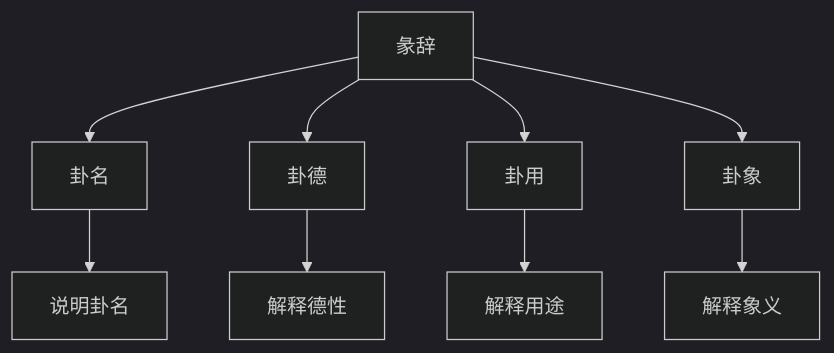
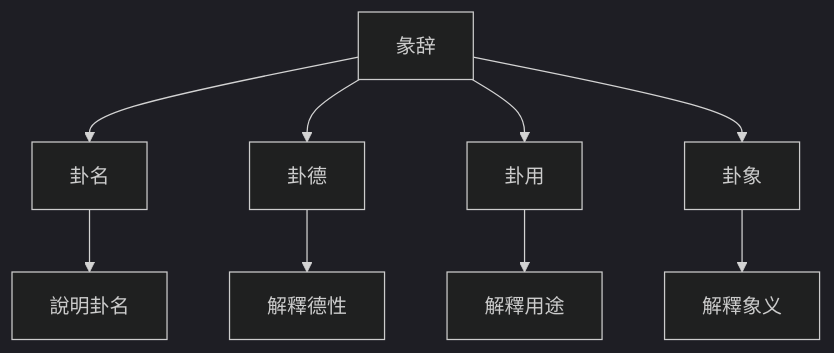
The first of 2 diagrams in 3 Resources/04-Interests/易学/02-易经核心/彖辞象辞解析.md (kmjade/knowledge-value), drawn with Mermaid (dark theme) before and after one commit. The commit also changed other lines of this file and 653 other files, not shown here.

````diff
--- a/3 Resources/04-Interests/易学/02-易经核心/彖辞象辞解析.md
+++ b/3 Resources/04-Interests/易学/02-易经核心/彖辞象辞解析.md
@@ -30,15 +30,15 @@
 ```mermaid
 graph TB
     A[彖辞] --> B[卦名]
     A --> C[卦德]
     A --> D[卦用]
     A --> E[卦象]
     
-    B --> B1[说明卦名]
+    B --> B1[說明卦名]
     
-    C --> C1[解释德性]
+    C --> C1[解釋德性]
     
-    D --> D1[解释用途]
+    D --> D1[解釋用途]
     
-    E --> E1[解释象义]
+    E --> E1[解釋象义]
 ```
````
